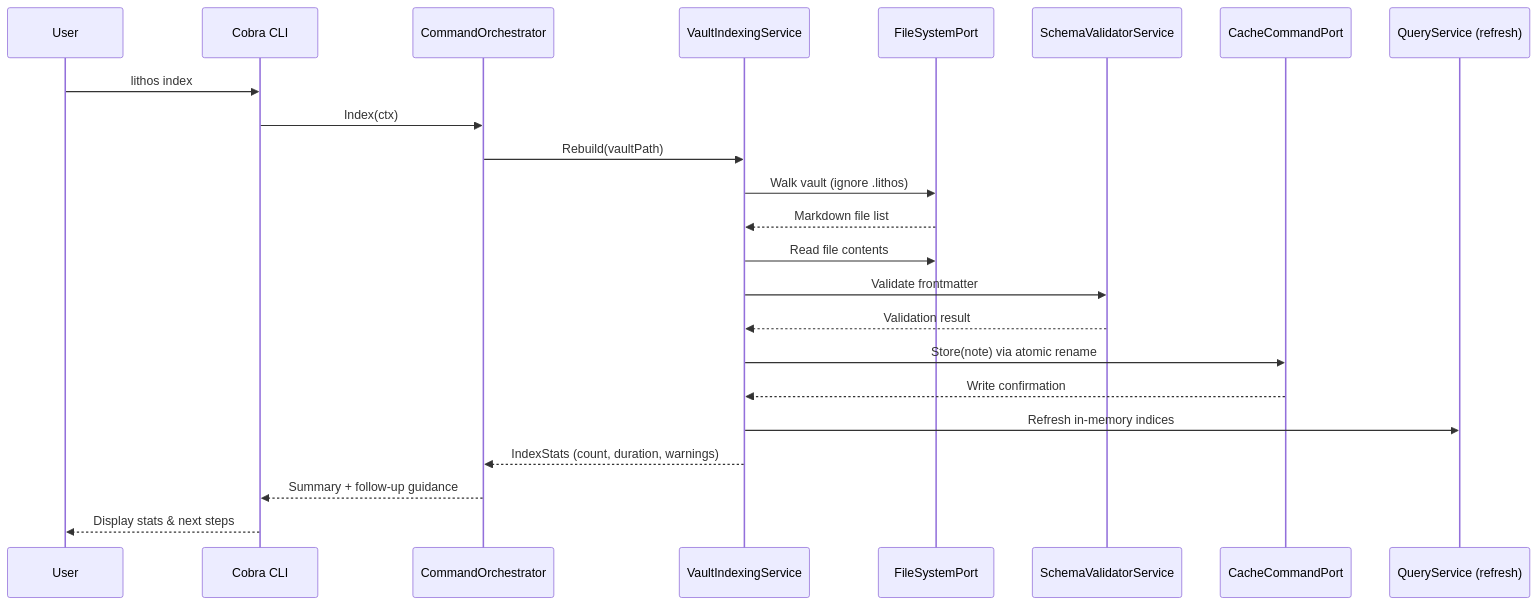
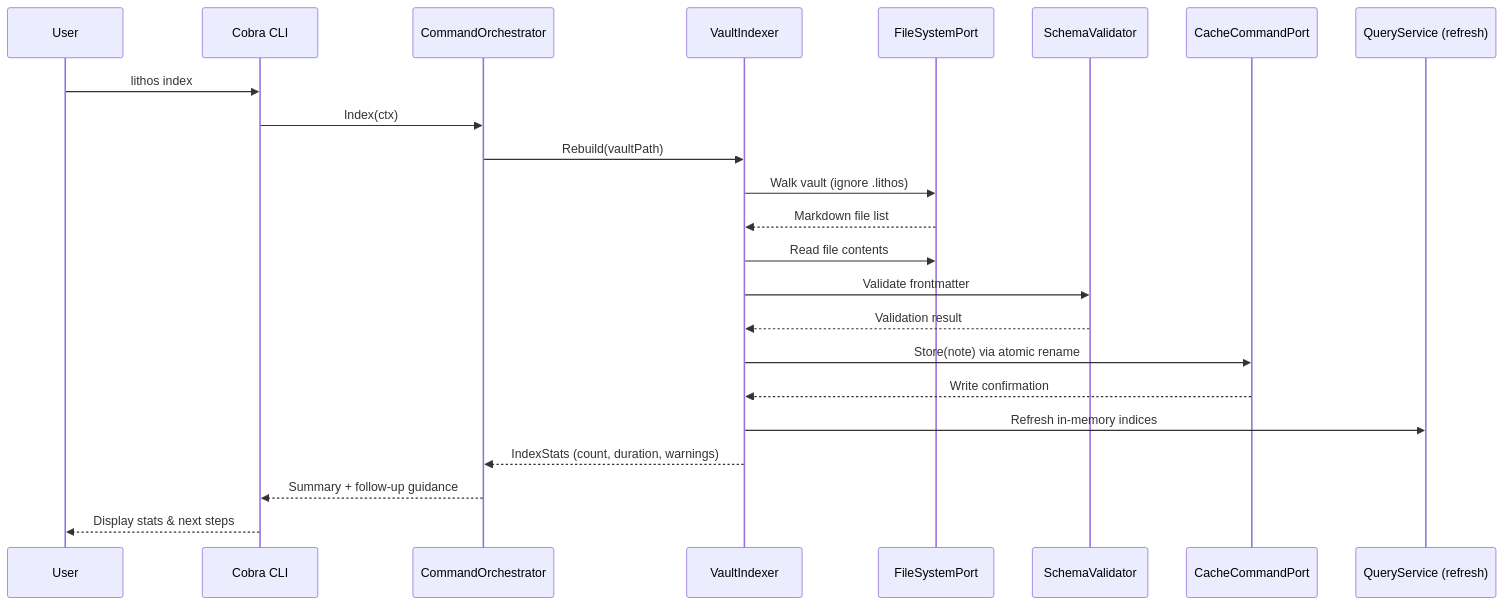
One commit to JackMatanky/lithos changed the third of 3 diagrams in docs/architecture/core-workflows.md. Above: the diagram before and after it, drawn with Mermaid. The commit also changed other lines of this file and 3478 other files, not shown here.

````diff
--- a/docs/architecture/core-workflows.md
+++ b/docs/architecture/core-workflows.md
@@ -69,26 +69,26 @@
 ```mermaid
 sequenceDiagram
     participant User
     participant CLI as Cobra CLI
     participant CO as CommandOrchestrator
-    participant VI as VaultIndexingService
+    participant VI as VaultIndexer
     participant FS as FileSystemPort
-    participant SV as SchemaValidatorService
+    participant SV as SchemaValidator
     participant CC as CacheCommandPort
     participant REG as QueryService (refresh)
 
     User->>CLI: lithos index
     CLI->>CO: Index(ctx)
     CO->>VI: Rebuild(vaultPath)
     VI->>FS: Walk vault (ignore .lithos)
     FS-->>VI: Markdown file list
     VI->>FS: Read file contents
     VI->>SV: Validate frontmatter
     SV-->>VI: Validation result
     VI->>CC: Store(note) via atomic rename
     CC-->>VI: Write confirmation
     VI->>REG: Refresh in-memory indices
     VI-->>CO: IndexStats (count, duration, warnings)
     CO-->>CLI: Summary + follow-up guidance
     CLI-->>User: Display stats & next steps
 ```
````
